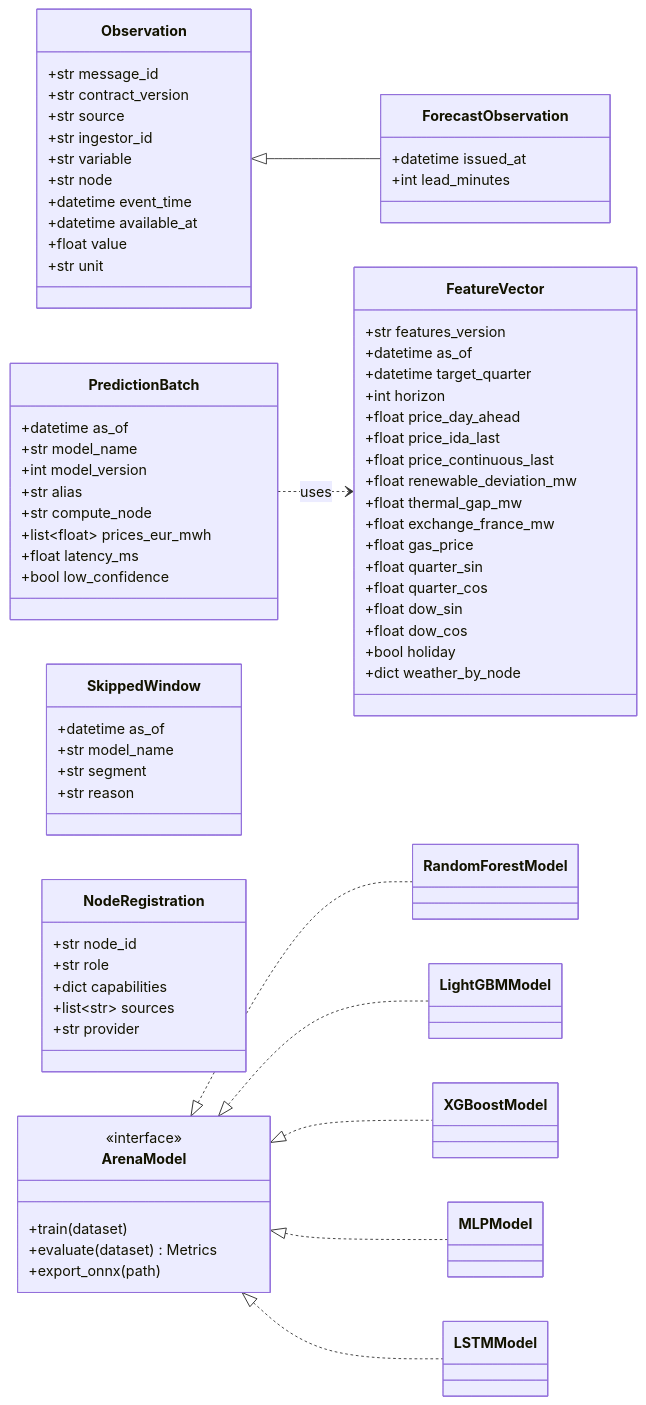
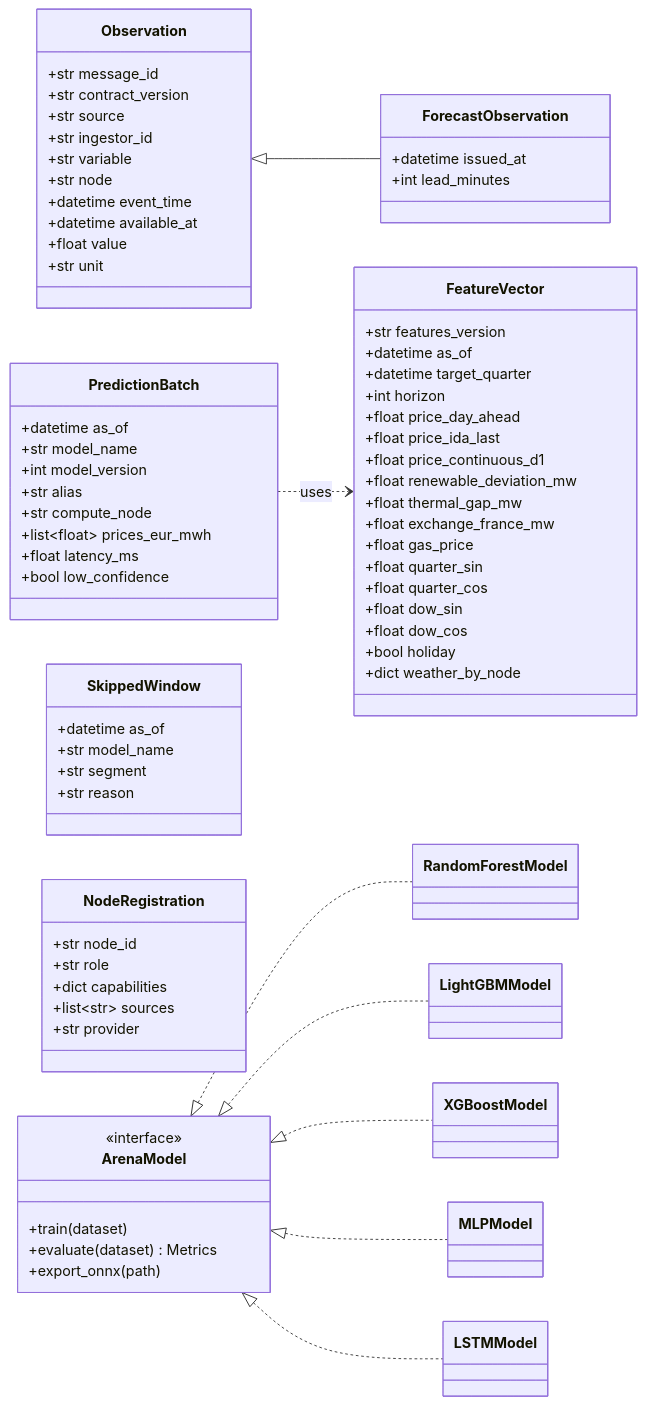
Diagram 12 of 16 in docs/03_diagrams.md (Esk1z0/MIBEL-Ops), drawn with Mermaid before and after one commit. The commit also changed other lines of this file and 8 other files, not shown here.

````diff
--- a/docs/03_diagrams.md
+++ b/docs/03_diagrams.md
@@ -343,75 +343,75 @@
 ```mermaid
 classDiagram
     direction LR
     class Observation {
         +str message_id
         +str contract_version
         +str source
         +str ingestor_id
         +str variable
         +str node
         +datetime event_time
         +datetime available_at
         +float value
         +str unit
     }
     class ForecastObservation {
         +datetime issued_at
         +int lead_minutes
     }
     class FeatureVector {
         +str features_version
         +datetime as_of
         +datetime target_quarter
         +int horizon
         +float price_day_ahead
         +float price_ida_last
-        +float price_continuous_last
+        +float price_continuous_d1
         +float renewable_deviation_mw
         +float thermal_gap_mw
         +float exchange_france_mw
         +float gas_price
         +float quarter_sin
         +float quarter_cos
         +float dow_sin
         +float dow_cos
         +bool holiday
         +dict weather_by_node
     }
     class PredictionBatch {
         +datetime as_of
         +str model_name
         +int model_version
         +str alias
         +str compute_node
         +list~float~ prices_eur_mwh
         +float latency_ms
         +bool low_confidence
     }
     class SkippedWindow {
         +datetime as_of
         +str model_name
         +str segment
         +str reason
     }
     class NodeRegistration {
         +str node_id
         +str role
         +dict capabilities
         +list~str~ sources
         +str provider
     }
     class ArenaModel {
         <<interface>>
         +train(dataset)
         +evaluate(dataset) Metrics
         +export_onnx(path)
     }
     Observation <|-- ForecastObservation
     PredictionBatch ..> FeatureVector : uses
     ArenaModel <|.. RandomForestModel
     ArenaModel <|.. LightGBMModel
     ArenaModel <|.. XGBoostModel
     ArenaModel <|.. MLPModel
     ArenaModel <|.. LSTMModel
 ```
````
